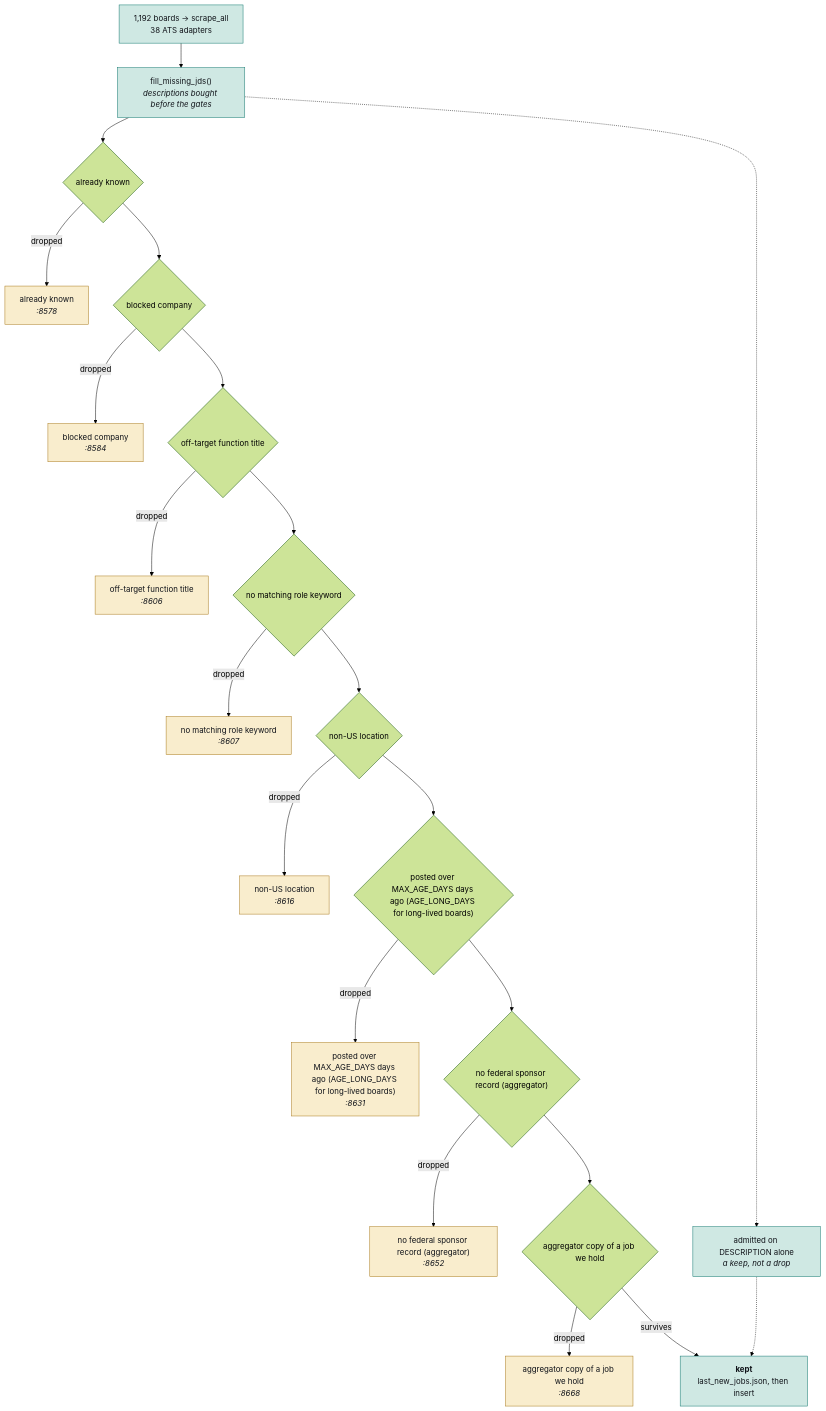
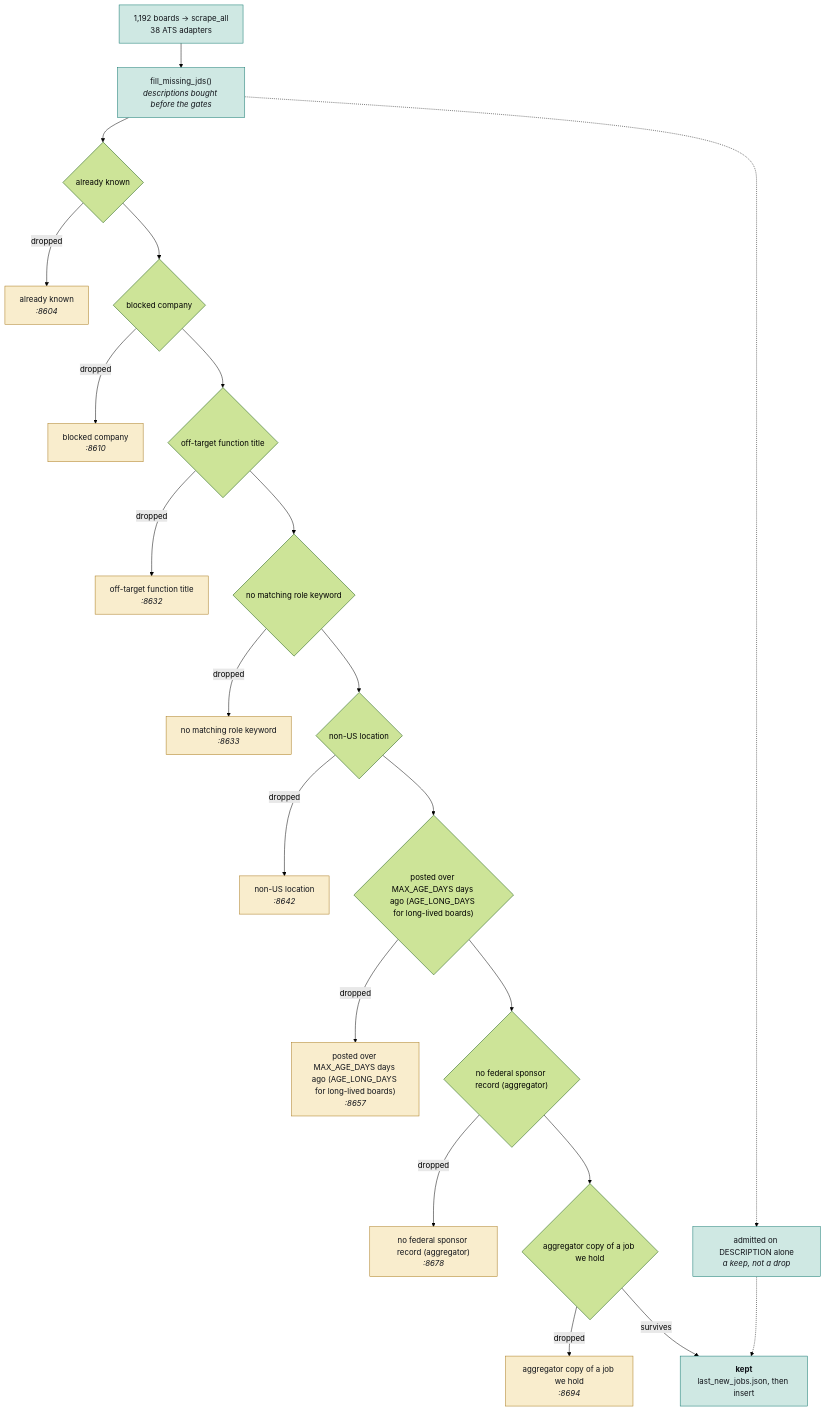
The second of 4 diagrams in JobMatch Scraper/docs/ARCHITECTURE.md (hadakunal909-debug/job-search-tool), drawn with Mermaid (forest theme) before and after one commit. The commit also changed other lines of this file and 5 other files, not shown here.

````diff
--- a/JobMatch Scraper/docs/ARCHITECTURE.md
+++ b/JobMatch Scraper/docs/ARCHITECTURE.md
@@ -106,54 +106,54 @@
 ```mermaid
 flowchart TB
   SRC["1,192 boards → scrape_all<br/>38 ATS adapters"]
   JD["fill_missing_jds()<br/><i>descriptions bought before the gates</i>"]
   SRC --> JD
   G0{"already known"}
-  D0["already known<br/><i>:8578</i>"]
+  D0["already known<br/><i>:8604</i>"]
   JD --> G0
   G0 -->|dropped| D0
   class D0 trap
   G1{"blocked company"}
-  D1["blocked company<br/><i>:8584</i>"]
+  D1["blocked company<br/><i>:8610</i>"]
   G0 --> G1
   G1 -->|dropped| D1
   class D1 trap
   G2{"off-target function title"}
-  D2["off-target function title<br/><i>:8606</i>"]
+  D2["off-target function title<br/><i>:8632</i>"]
   G1 --> G2
   G2 -->|dropped| D2
   class D2 trap
   G3{"no matching role keyword"}
-  D3["no matching role keyword<br/><i>:8607</i>"]
+  D3["no matching role keyword<br/><i>:8633</i>"]
   G2 --> G3
   G3 -->|dropped| D3
   class D3 trap
   G4{"non-US location"}
-  D4["non-US location<br/><i>:8616</i>"]
+  D4["non-US location<br/><i>:8642</i>"]
   G3 --> G4
   G4 -->|dropped| D4
   class D4 trap
   G5{"posted over MAX_AGE_DAYS days ago (AGE_LONG_DAYS for long-lived boards)"}
-  D5["posted over MAX_AGE_DAYS days ago (AGE_LONG_DAYS for long-lived boards)<br/><i>:8631</i>"]
+  D5["posted over MAX_AGE_DAYS days ago (AGE_LONG_DAYS for long-lived boards)<br/><i>:8657</i>"]
   G4 --> G5
   G5 -->|dropped| D5
   class D5 trap
   G6{"no federal sponsor record (aggregator)"}
-  D6["no federal sponsor record (aggregator)<br/><i>:8652</i>"]
+  D6["no federal sponsor record (aggregator)<br/><i>:8678</i>"]
   G5 --> G6
   G6 -->|dropped| D6
   class D6 trap
   G7{"aggregator copy of a job we hold"}
-  D7["aggregator copy of a job we hold<br/><i>:8668</i>"]
+  D7["aggregator copy of a job we hold<br/><i>:8694</i>"]
   G6 --> G7
   G7 -->|dropped| D7
   class D7 trap
   KEEP["<b>kept</b><br/>last_new_jobs.json, then insert"]
   G7 -->|survives| KEEP
   RESCUE["admitted on DESCRIPTION alone<br/><i>a keep, not a drop</i>"]
   JD -.-> RESCUE
   RESCUE -.-> KEEP
   classDef trap fill:#f9edcd,stroke:#a8781a,color:#101319
   classDef sched fill:#cfe8e3,stroke:#0f766e,color:#101319
   class SRC,JD,KEEP,RESCUE sched
 ```
````
